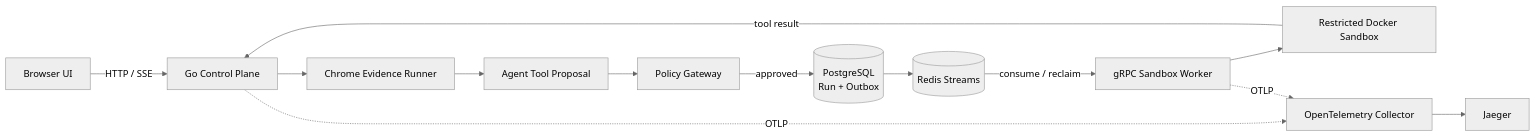
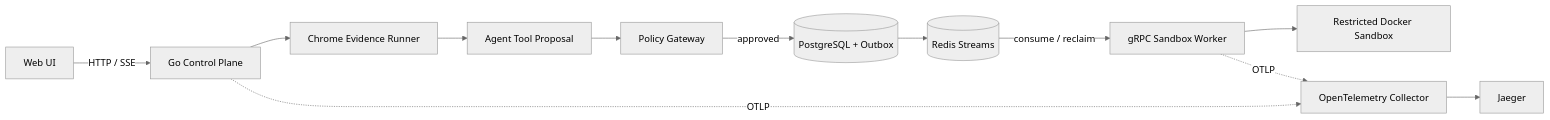
One commit to sdaAlbert/liveguard changed the diagram in README.md. Above: the diagram before and after it, drawn with Mermaid (neutral theme). The commit also changed other lines of this file and 16 other files, not shown here.

````diff
--- a/README.md
+++ b/README.md
@@ -55,15 +44,14 @@
 ```mermaid
 flowchart LR
-    U[Browser UI] -->|HTTP / SSE| C[Go Control Plane]
+    U[Web UI] -->|HTTP / SSE| C[Go Control Plane]
     C --> B[Chrome Evidence Runner]
     B --> A[Agent Tool Proposal]
     A --> P[Policy Gateway]
-    P -->|approved| DB[(PostgreSQL<br/>Run + Outbox)]
+    P -->|approved| DB[(PostgreSQL + Outbox)]
     DB --> Q[(Redis Streams)]
     Q -->|consume / reclaim| G[gRPC Sandbox Worker]
     G --> D[Restricted Docker Sandbox]
-    D -->|tool result| C
     C -. OTLP .-> O[OpenTelemetry Collector]
     G -. OTLP .-> O
     O --> J[Jaeger]
 ```
````
